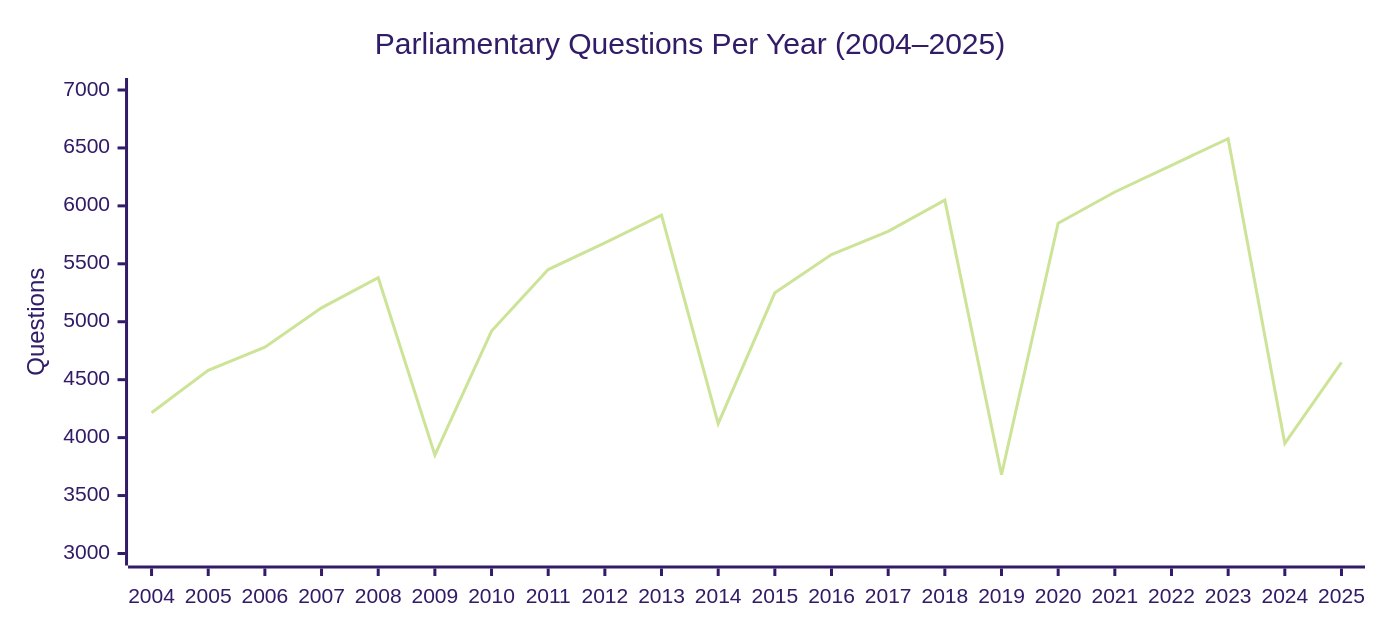
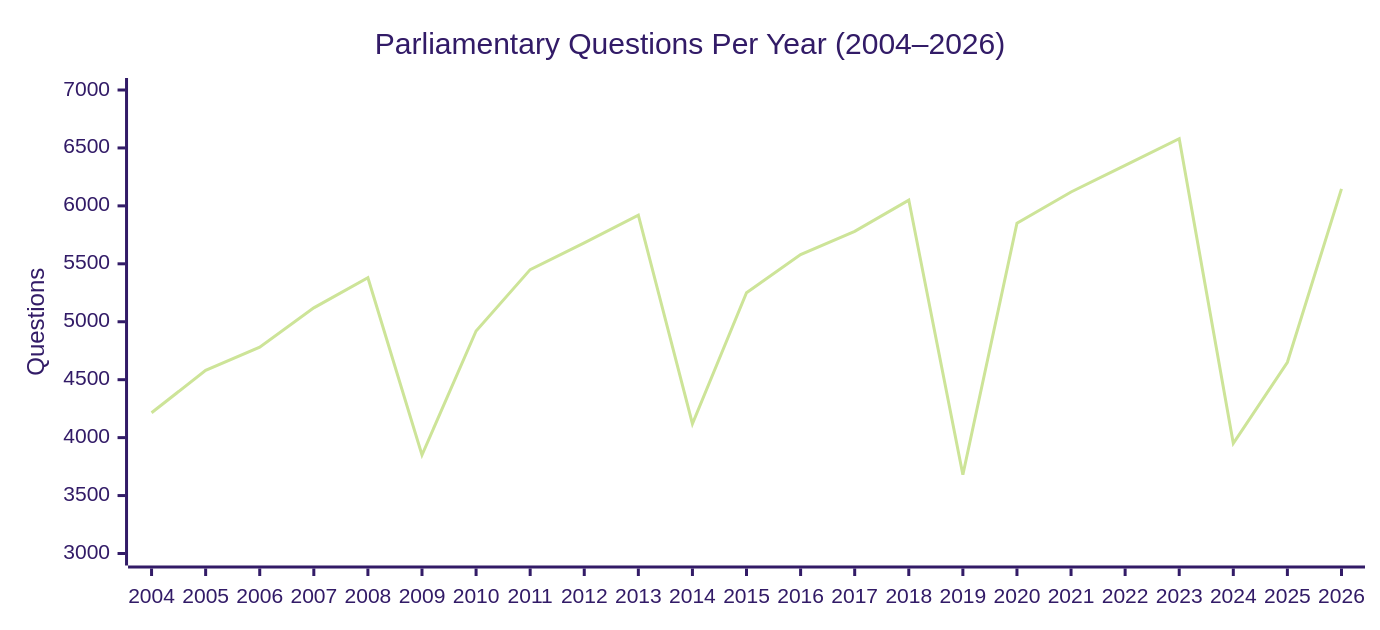
The seventh of 21 diagrams in api-markdown/_media/EP_POLITICAL_LANDSCAPE.md (Hack23/European-Parliament-MCP-Server), drawn with Mermaid (forest theme) before and after one commit. The commit also changed other lines of this file and 1437 other files, not shown here.

````diff
--- a/api-markdown/_media/EP_POLITICAL_LANDSCAPE.md
+++ b/api-markdown/_media/EP_POLITICAL_LANDSCAPE.md
@@ -160,13 +162,13 @@
 ```mermaid
 ---
 config:
   xyChart:
     width: 900
     height: 400
 ---
 xychart-beta
-    title "Parliamentary Questions Per Year (2004–2025)"
-    x-axis [2004, 2005, 2006, 2007, 2008, 2009, 2010, 2011, 2012, 2013, 2014, 2015, 2016, 2017, 2018, 2019, 2020, 2021, 2022, 2023, 2024, 2025]
+    title "Parliamentary Questions Per Year (2004–2026)"
+    x-axis [2004, 2005, 2006, 2007, 2008, 2009, 2010, 2011, 2012, 2013, 2014, 2015, 2016, 2017, 2018, 2019, 2020, 2021, 2022, 2023, 2024, 2025, 2026]
     y-axis "Questions" 3000 --> 7000
-    line [4215, 4580, 4780, 5120, 5380, 3850, 4920, 5450, 5680, 5920, 4120, 5250, 5580, 5780, 6050, 3680, 5850, 6120, 6350, 6580, 3950, 4650]
+    line [4215, 4580, 4780, 5120, 5380, 3850, 4920, 5450, 5680, 5920, 4120, 5250, 5580, 5780, 6050, 3680, 5850, 6120, 6350, 6580, 3950, 4650, 6147]
 ```
````
